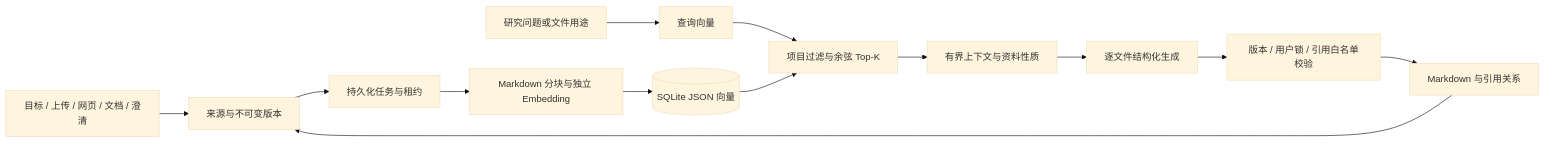
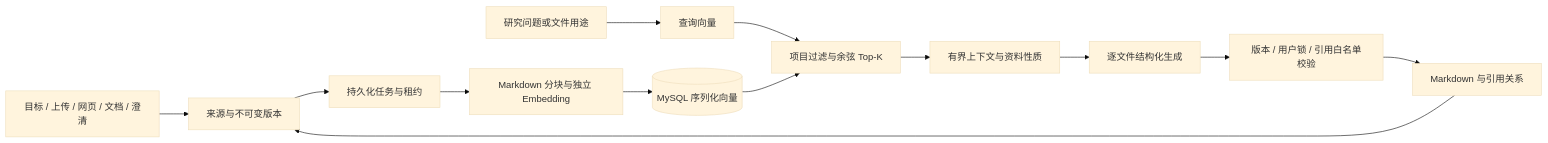
Before and after one commit to Dmool-wyzy/ScenarioForge: the diagram in docs/RAG.md, drawn with Mermaid (base theme). The commit also changed other lines of this file and 209 other files, not shown here.

````diff
--- a/docs/RAG.md
+++ b/docs/RAG.md
@@ -5,15 +7,15 @@
 ```mermaid
 flowchart LR
     S[目标 / 上传 / 网页 / 文档 / 澄清] --> R[来源与不可变版本]
     R --> J[持久化任务与租约]
     J --> C[Markdown 分块与独立 Embedding]
-    C --> DB[(SQLite JSON 向量)]
+    C --> DB[(MySQL 序列化向量)]
     Q[研究问题或文件用途] --> E[查询向量]
     E --> V[项目过滤与余弦 Top-K]
     DB --> V
     V --> P[有界上下文与资料性质]
     P --> L[逐文件结构化生成]
     L --> G[版本 / 用户锁 / 引用白名单校验]
     G --> F[Markdown 与引用关系]
     F --> R
 ```
````
